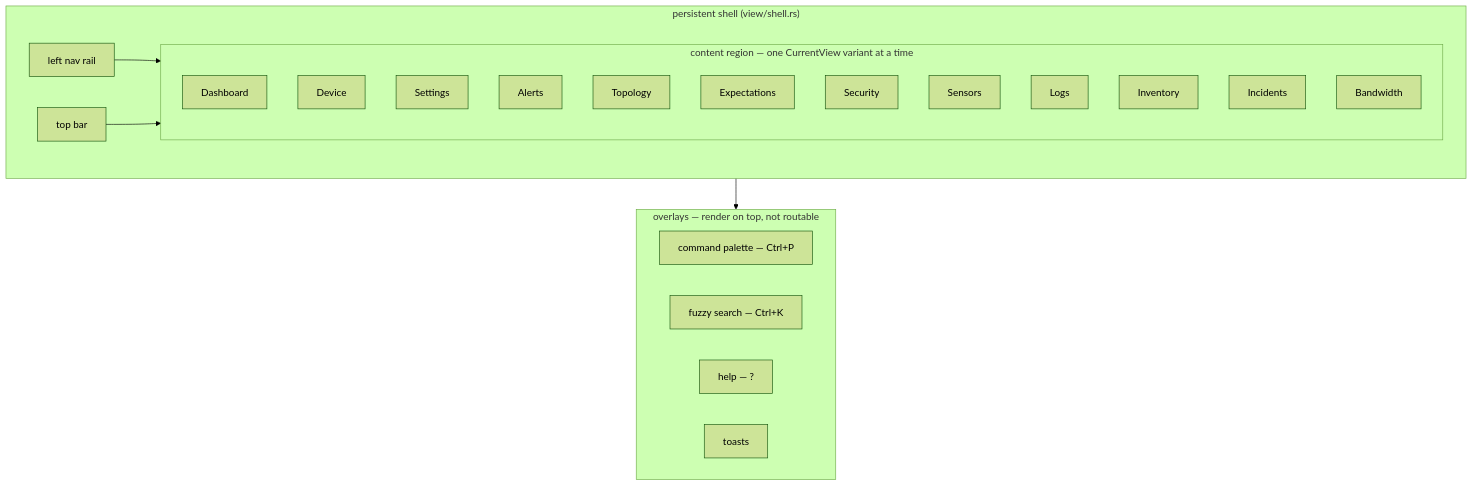
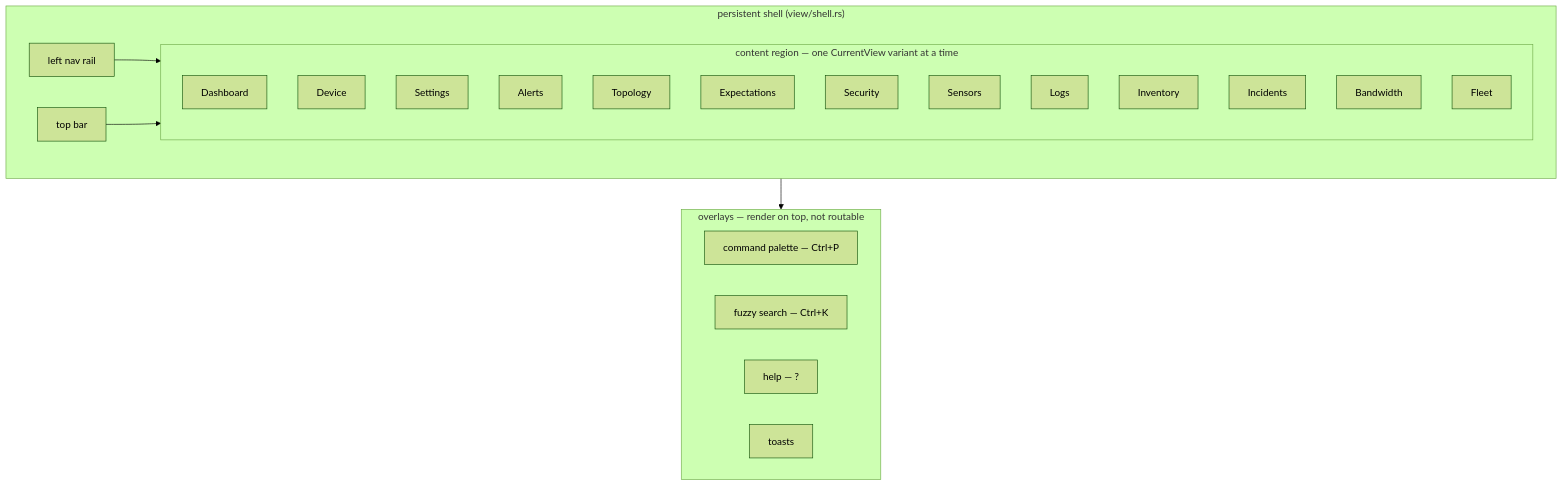
One commit to p13marc/zensight changed the diagram in zensight/docs/views.md. Above: the diagram before and after it, drawn with Mermaid (forest theme). The commit also changed other lines of this file and 11 other files, not shown here.

````diff
--- a/zensight/docs/views.md
+++ b/zensight/docs/views.md
@@ -90,32 +90,33 @@
 ```mermaid
 flowchart TB
     subgraph Shell["persistent shell (view/shell.rs)"]
         Nav["left nav rail"]
         Top["top bar"]
         subgraph Content["content region — one CurrentView variant at a time"]
             V1["Dashboard"]
             V2["Device"]
             V3["Settings"]
             V4["Alerts"]
             V5["Topology"]
             V6["Expectations"]
             V7["Security"]
             V8["Sensors"]
             V9["Logs"]
             V10["Inventory"]
             V11["Incidents"]
             V12["Bandwidth"]
+            V13["Fleet"]
         end
         Nav --> Content
         Top --> Content
     end
 
     subgraph Overlays["overlays — render on top, not routable"]
         O1["command palette — Ctrl+P"]
         O2["fuzzy search — Ctrl+K"]
         O3["help — ?"]
         O4["toasts"]
     end
 
     Shell --> Overlays
 ```
````
